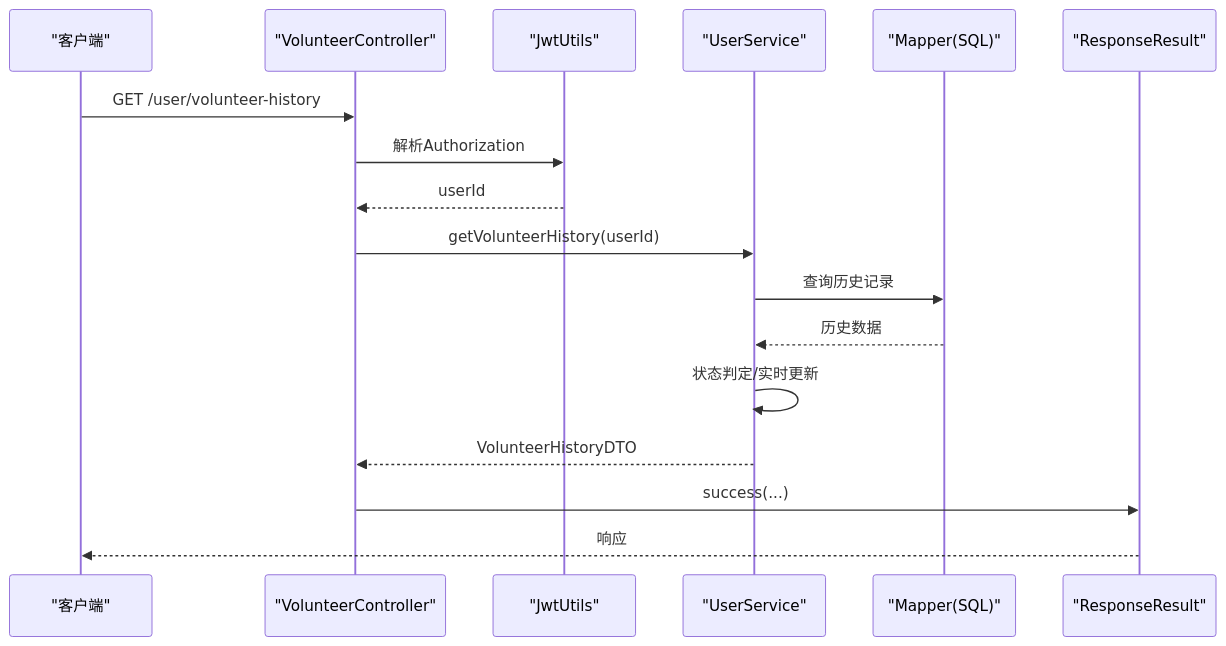
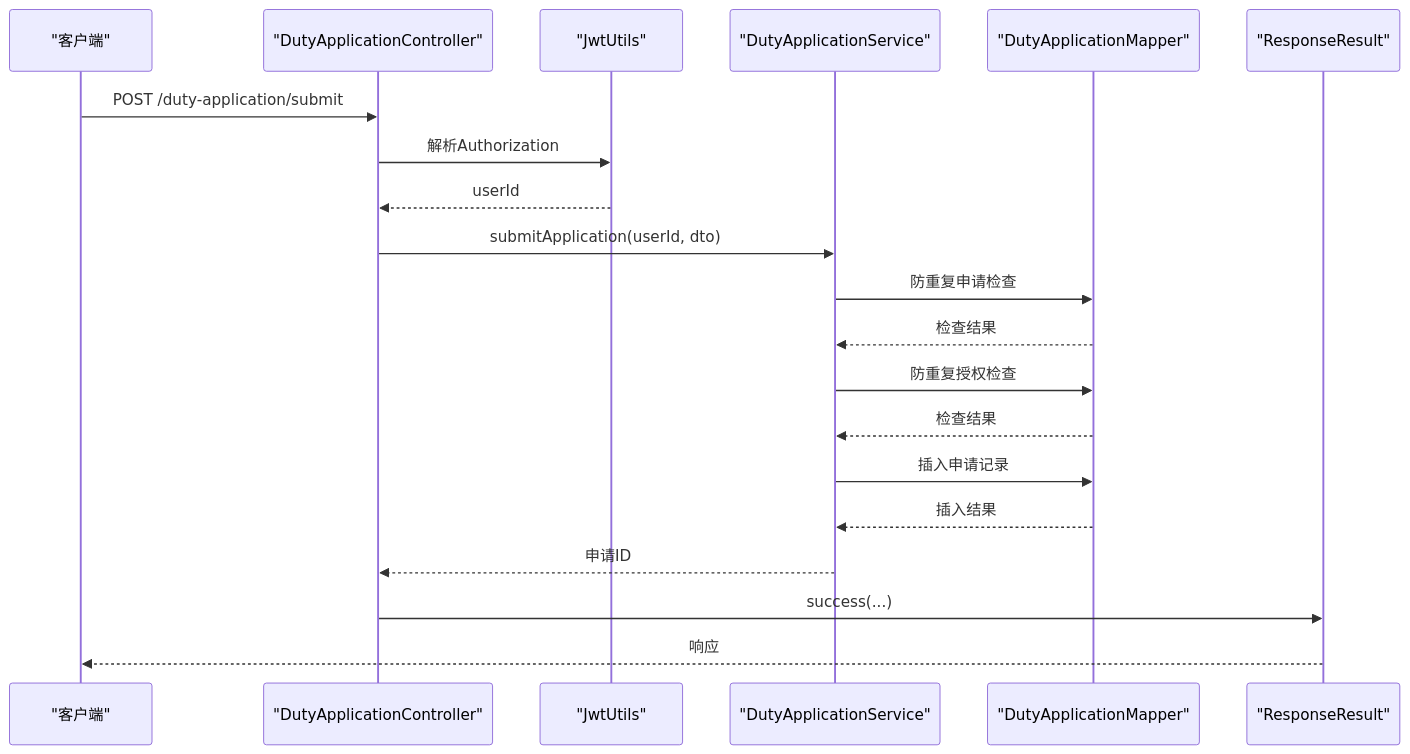
Before and after one commit to gaozihaowin/-: the second of 4 diagrams in .qoder/repowiki/zh/content/API接口文档/志愿者管理接口.md, drawn with Mermaid. The commit also changed other lines of this file and 9 other files, not shown here.

````diff
--- a/.qoder/repowiki/zh/content/API接口文档/志愿者管理接口.md
+++ b/.qoder/repowiki/zh/content/API接口文档/志愿者管理接口.md
@@ -125,19 +181,22 @@
 ```mermaid
 sequenceDiagram
 participant C as "客户端"
-participant VC as "VolunteerController"
+participant DAC as "DutyApplicationController"
 participant JWT as "JwtUtils"
-participant S as "UserService"
-participant M as "Mapper(SQL)"
+participant S as "DutyApplicationService"
+participant M as "DutyApplicationMapper"
 participant R as "ResponseResult"
-C->>VC : GET /user/volunteer-history
-VC->>JWT : 解析Authorization
-JWT-->>VC : userId
-VC->>S : getVolunteerHistory(userId)
-S->>M : 查询历史记录
-M-->>S : 历史数据
-S->>S : 状态判定/实时更新
-S-->>VC : VolunteerHistoryDTO
-VC->>R : success(...)
+C->>DAC : POST /duty-application/submit
+DAC->>JWT : 解析Authorization
+JWT-->>DAC : userId
+DAC->>S : submitApplication(userId, dto)
+S->>M : 防重复申请检查
+M-->>S : 检查结果
+S->>M : 防重复授权检查
+M-->>S : 检查结果
+S->>M : 插入申请记录
+M-->>S : 插入结果
+S-->>DAC : 申请ID
+DAC->>R : success(...)
 R-->>C : 响应
 ```
````
